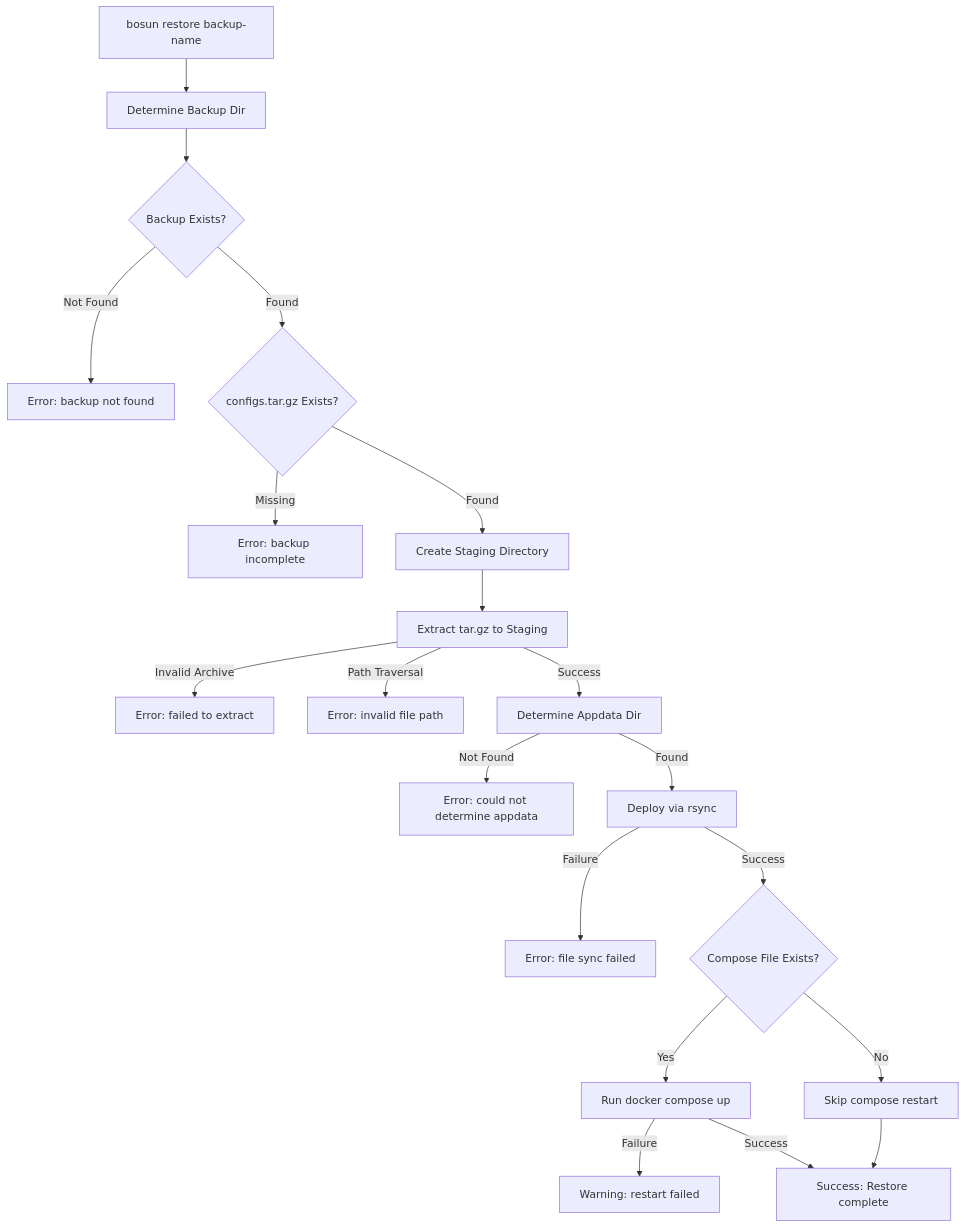
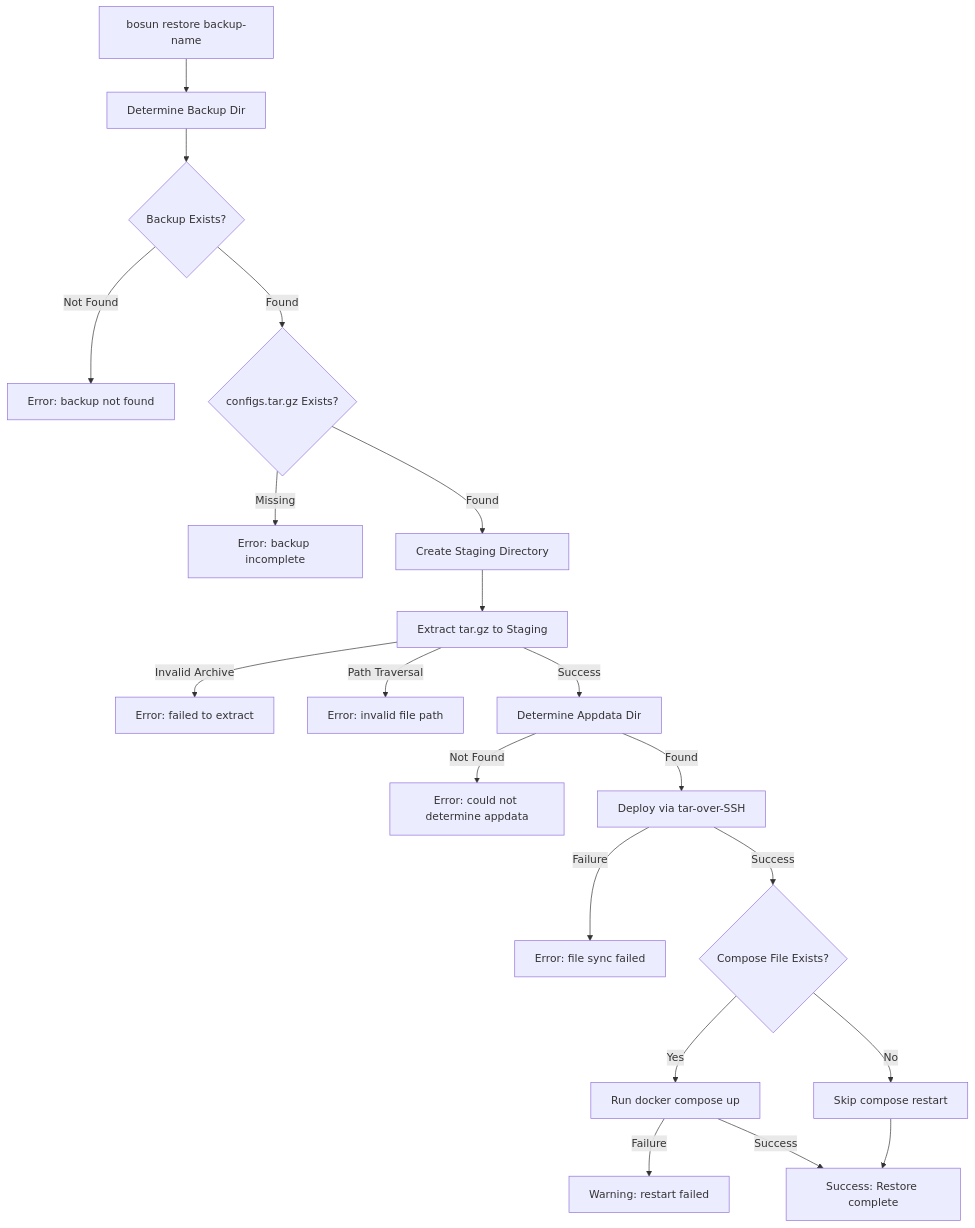
The fifth of 7 diagrams in docs/workflows.md (cameronsjo/bosun), drawn with Mermaid before and after one commit. The commit also changed 15 other files, not shown here.

````diff
--- a/docs/workflows.md
+++ b/docs/workflows.md
@@ -349,29 +349,29 @@
 ```mermaid
 flowchart TD
     A[bosun restore backup-name] --> B[Determine Backup Dir]
     B --> C{Backup Exists?}
 
     C -->|Not Found| C_ERR[Error: backup not found]
     C -->|Found| D{configs.tar.gz Exists?}
 
     D -->|Missing| D_ERR[Error: backup incomplete]
     D -->|Found| E[Create Staging Directory]
 
     E --> F[Extract tar.gz to Staging]
     F -->|Invalid Archive| F_ERR[Error: failed to extract]
     F -->|Path Traversal| F_ERR2[Error: invalid file path]
     F -->|Success| G[Determine Appdata Dir]
 
     G -->|Not Found| G_ERR[Error: could not determine appdata]
-    G -->|Found| H[Deploy via rsync]
+    G -->|Found| H[Deploy via tar-over-SSH]
 
     H -->|Failure| H_ERR[Error: file sync failed]
     H -->|Success| I{Compose File Exists?}
 
     I -->|Yes| J[Run docker compose up]
     I -->|No| K[Skip compose restart]
 
     J -->|Failure| J_WARN[Warning: restart failed]
     J -->|Success| L[Success: Restore complete]
     K --> L
 ```
````
